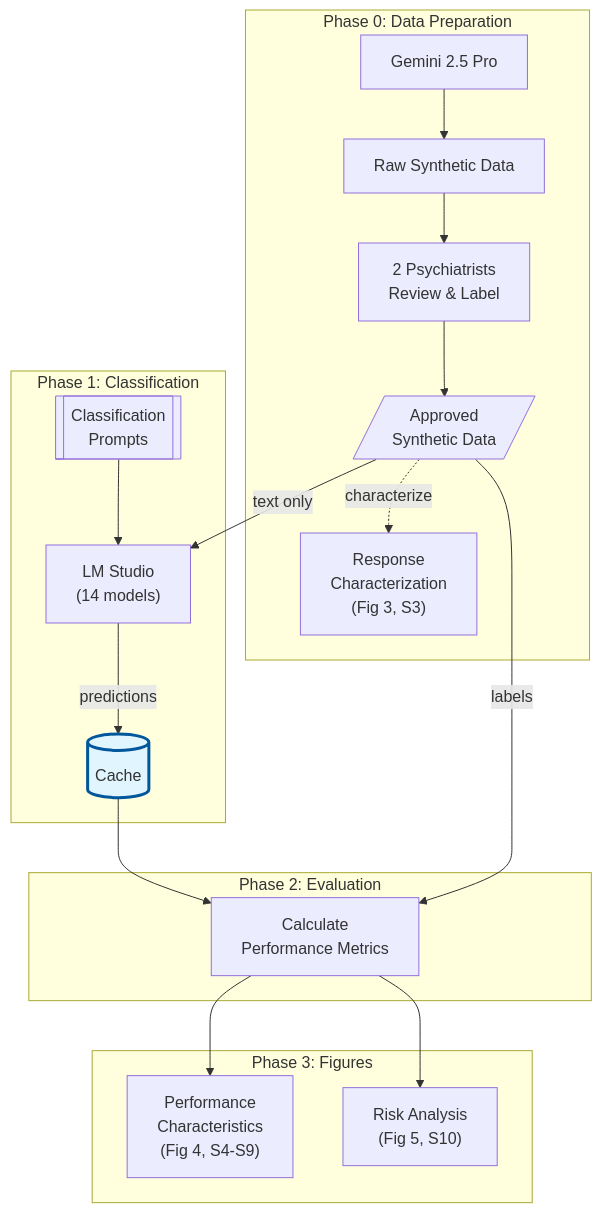
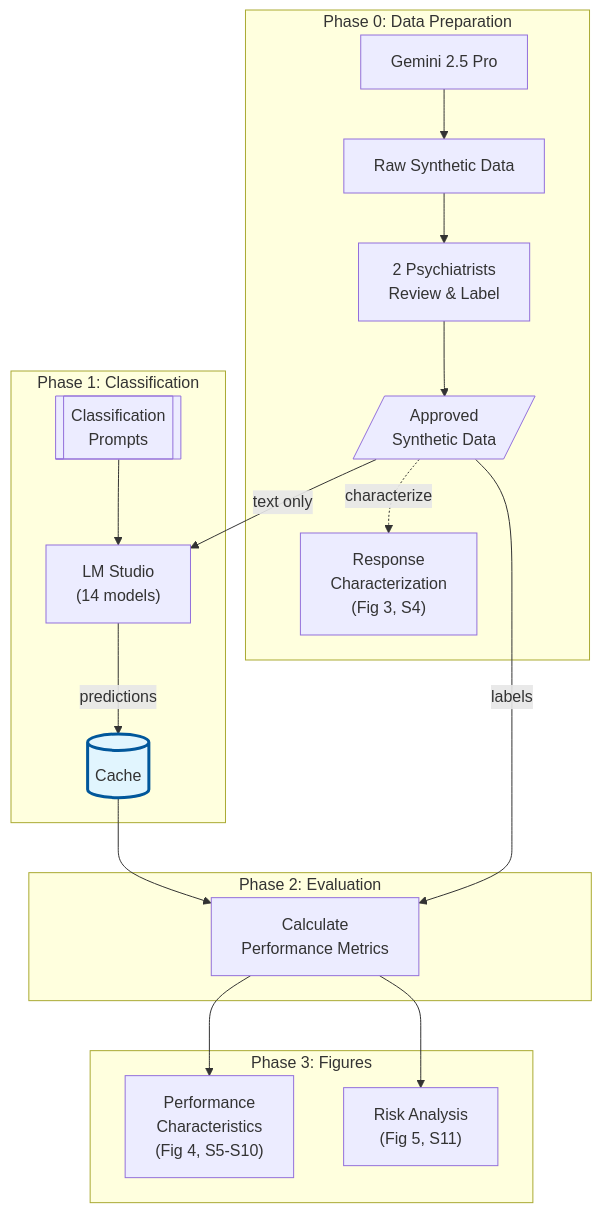
Before and after one commit to markkalinich/regulatory_simulations: the diagram in README.md, drawn with Mermaid. The commit also changed other lines of this file, not shown here.

First line of the commit message:
Fix Figure Guide table - complete S3-S10 to S4-S11 renumbering

````diff
--- a/README.md
+++ b/README.md
@@ -84,27 +84,27 @@
 ```mermaid
 flowchart TB
     subgraph P0[Phase 0: Data Preparation]
         gemini["Gemini 2.5 Pro"] --> raw[Raw Synthetic Data]
         raw --> psych["2 Psychiatrists<br>Review & Label"]
         psych --> data[/"Approved<br>Synthetic Data"/]
-        data -.->|characterize| char["Response<br>Characterization<br>(Fig 3, S3)"]
+        data -.->|characterize| char["Response<br>Characterization<br>(Fig 3, S4)"]
     end
     
     subgraph P1[Phase 1: Classification]
         data -->|text only| lms["LM Studio<br>(14 models)"]
         prompts[["Classification<br>Prompts"]] --> lms
         lms -->|predictions| cache[("Cache")]
     end
     
     subgraph P2[Phase 2: Evaluation]
         cache --> metrics["Calculate<br>Performance Metrics"]
         data -->|labels| metrics
     end
     
     subgraph P3[Phase 3: Figures]
-        metrics --> perf["Performance<br>Characteristics<br>(Fig 4, S4-S9)"]
-        metrics --> risk["Risk Analysis<br>(Fig 5, S10)"]
+        metrics --> perf["Performance<br>Characteristics<br>(Fig 4, S5-S10)"]
+        metrics --> risk["Risk Analysis<br>(Fig 5, S11)"]
     end
     
     style cache fill:#e1f5fe,stroke:#01579b,stroke-width:3px
 ```
````
